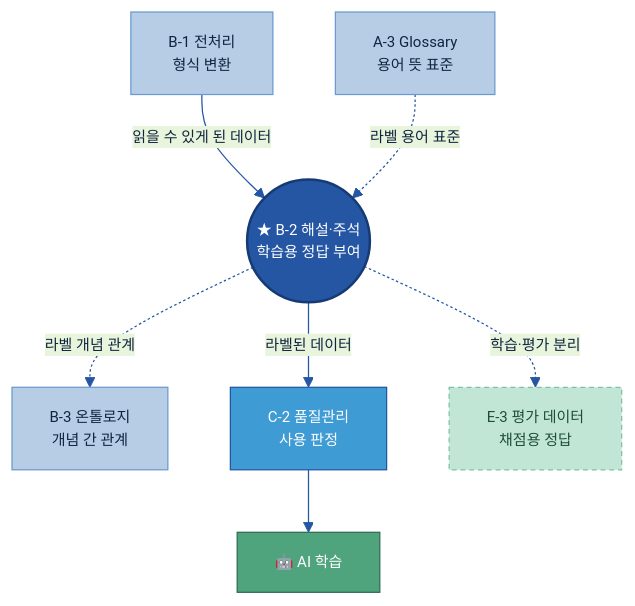
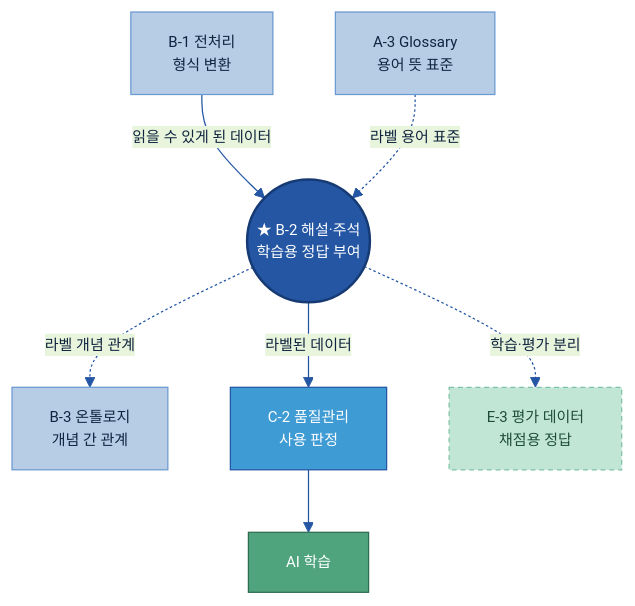
The seventh of 8 diagrams in B-2 데이터 해설·주석.md (bewhykearney/-), drawn with Mermaid before and after one commit. The commit also changed other lines of this file, not shown here.

````diff
--- a/B-2 데이터 해설·주석.md
+++ b/B-2 데이터 해설·주석.md
@@ -512,21 +512,21 @@
 ```mermaid
 %%{init: {'theme':'base','themeVariables':{'primaryColor':'#DCE8F5','primaryBorderColor':'#2456A4','primaryTextColor':'#10243f','lineColor':'#2456A4','clusterBkg':'#EEF4FB','clusterBorder':'#6B9AD1','fontSize':'12px'}}}%%
 flowchart TB
     B1["B-1 전처리<br/>형식 변환"]:::n
     A3["A-3 Glossary<br/>용어 뜻 표준"]:::n
     B2(("★ B-2 해설·주석<br/>학습용 정답 부여")):::cat
     B3["B-3 온톨로지<br/>개념 간 관계"]:::n
     C2["C-2 품질관리<br/>사용 판정"]:::gate
-    AI["🤖 AI 학습"]:::loop
+    AI[" AI 학습"]:::loop
     E3["E-3 평가 데이터<br/>채점용 정답"]:::cross
     B1 -->|읽을 수 있게 된 데이터| B2
     A3 -.라벨 용어 표준.-> B2
     B2 -.라벨 개념 관계.-> B3
     B2 -->|라벨된 데이터| C2 --> AI
     B2 -. 학습·평가 분리 .-> E3
     classDef n fill:#B7CDE6,stroke:#6B9AD1,color:#10243f;
     classDef cat fill:#2456A4,color:#fff,stroke:#163a73,stroke-width:2px;
     classDef gate fill:#3F9BD4,stroke:#2456A4,color:#fff;
     classDef loop fill:#4FA47D,stroke:#2f6b50,color:#fff;
     classDef cross fill:#C2E6D6,stroke:#7CC2A7,color:#1f4d3a,stroke-dasharray:4 3;
 ```
````
